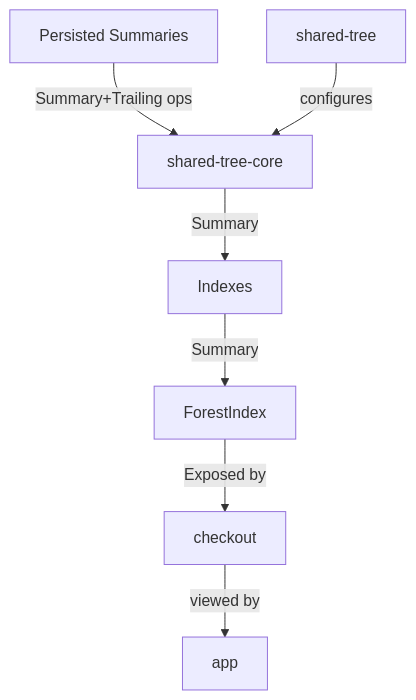
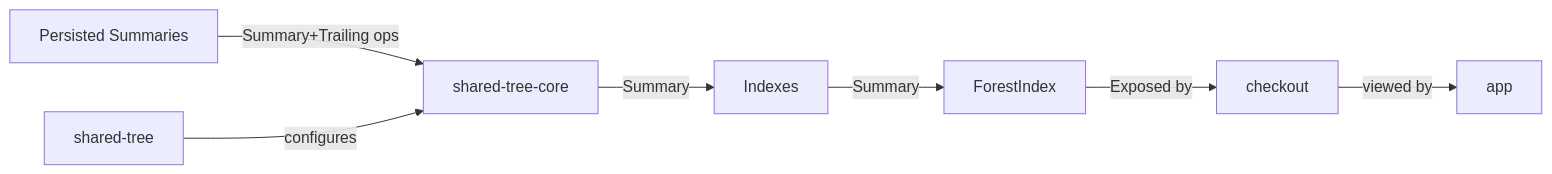
The second of 2 diagrams in packages/dds/tree/README.md (microsoft/FluidFramework), drawn with Mermaid before and after one commit.

Commit message:
use LR graph

````diff
--- a/packages/dds/tree/README.md
+++ b/packages/dds/tree/README.md
@@ -113,8 +113,8 @@
 ```mermaid
-graph TD;
+graph LR;
     doc["Persisted Summaries"]--"Summary+Trailing ops"-->shared-tree-core
     shared-tree--"configures"-->shared-tree-core
     shared-tree-core--"Summary"-->Indexes--"Summary"-->ForestIndex;
     ForestIndex--"Exposed by"-->checkout;
     checkout--"viewed by"-->app
 ```
````
